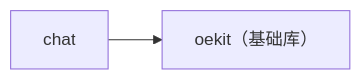
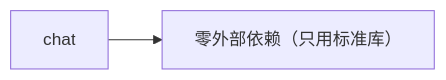
One commit to oagentkit/goagent-runtime changed the second of 2 diagrams in site/src/packages/chat.md. Above: the diagram before and after it, drawn with Mermaid. The commit also changed other lines of this file and 16 other files, not shown here.

````diff
--- a/site/src/packages/chat.md
+++ b/site/src/packages/chat.md
@@ -51,4 +82,4 @@
 ```mermaid
 flowchart LR
-    CH["chat"] --> OE["oekit（基础库）"]
+    CH["chat"] --> NONE["零外部依赖（只用标准库）"]
 ```
````
